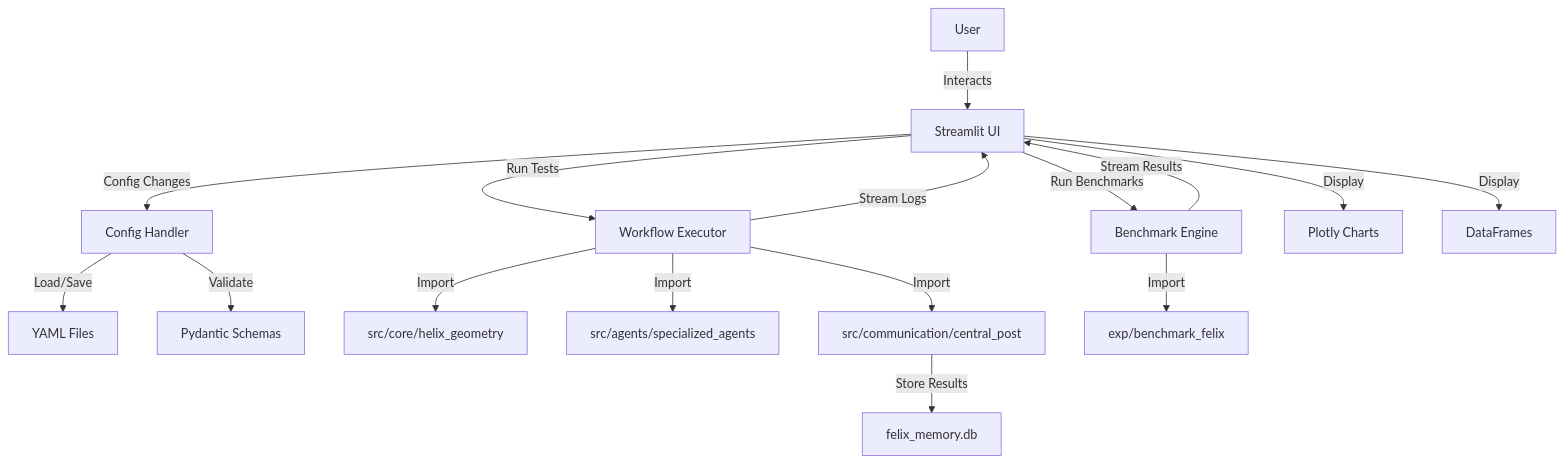
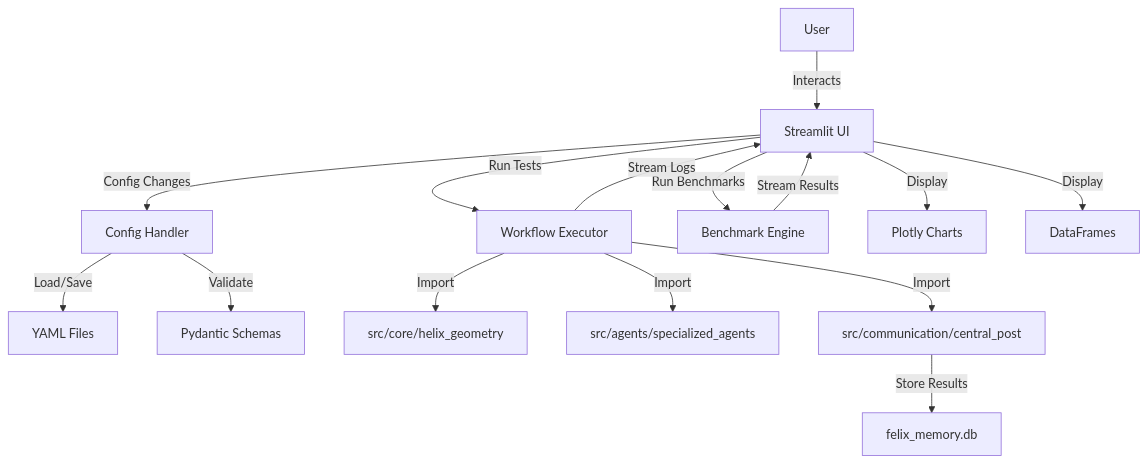
Before and after one commit to CalebisGross/felix: the diagram in streamlit_gui_architecture.md, drawn with Mermaid. The commit also changed other lines of this file and 105 other files, not shown here.

````diff
--- a/streamlit_gui_architecture.md
+++ b/streamlit_gui_architecture.md
@@ -81,23 +81,22 @@
 ```mermaid
 graph TD
     A[User] -->|Interacts| B[Streamlit UI]
     B -->|Config Changes| C[Config Handler]
     B -->|Run Tests| D[Workflow Executor]
     B -->|Run Benchmarks| E[Benchmark Engine]
     
     C -->|Load/Save| F[YAML Files]
     C -->|Validate| G[Pydantic Schemas]
     
     D -->|Import| H[src/core/helix_geometry]
     D -->|Import| I[src/agents/specialized_agents]
     D -->|Import| J[src/communication/central_post]
-    
-    E -->|Import| K[exp/benchmark_felix]
+
     E -->|Stream Results| B
-    
+
     D -->|Stream Logs| B
     J -->|Store Results| L[felix_memory.db]
     
     B -->|Display| M[Plotly Charts]
     B -->|Display| N[DataFrames]
 ```
````
